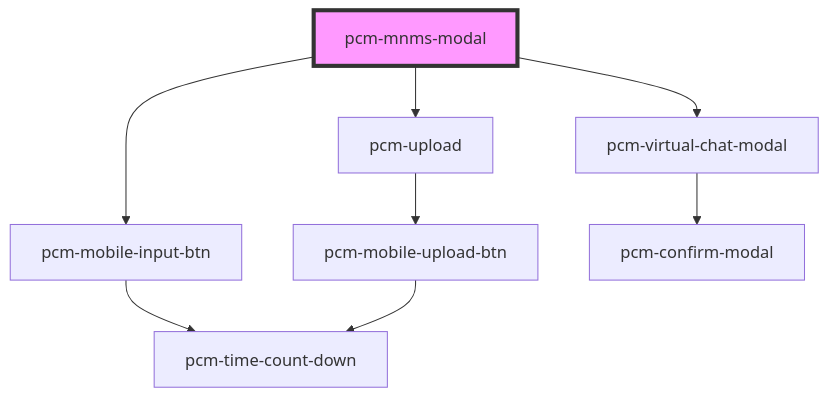
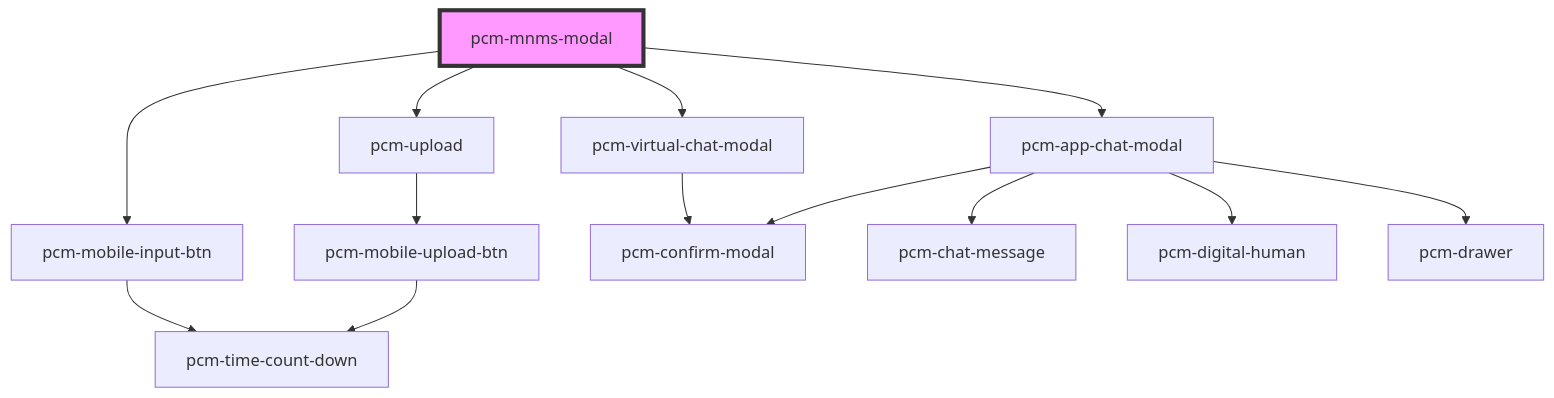
The diagram in packages/pcm-agents/docs/components/pcm-mnms-modal/readme.md (Pincaimao/pcm-agents-sdk), drawn with Mermaid before and after one commit. The commit also changed other lines of this file and 13 other files, not shown here.

````diff
--- a/packages/pcm-agents/docs/components/pcm-mnms-modal/readme.md
+++ b/packages/pcm-agents/docs/components/pcm-mnms-modal/readme.md
@@ -57,11 +60,16 @@
 ```mermaid
 graph TD;
   pcm-mnms-modal --> pcm-mobile-input-btn
   pcm-mnms-modal --> pcm-upload
   pcm-mnms-modal --> pcm-virtual-chat-modal
+  pcm-mnms-modal --> pcm-app-chat-modal
   pcm-mobile-input-btn --> pcm-time-count-down
   pcm-upload --> pcm-mobile-upload-btn
   pcm-mobile-upload-btn --> pcm-time-count-down
   pcm-virtual-chat-modal --> pcm-confirm-modal
+  pcm-app-chat-modal --> pcm-chat-message
+  pcm-app-chat-modal --> pcm-digital-human
+  pcm-app-chat-modal --> pcm-drawer
+  pcm-app-chat-modal --> pcm-confirm-modal
   style pcm-mnms-modal fill:#f9f,stroke:#333,stroke-width:4px
 ```
````
